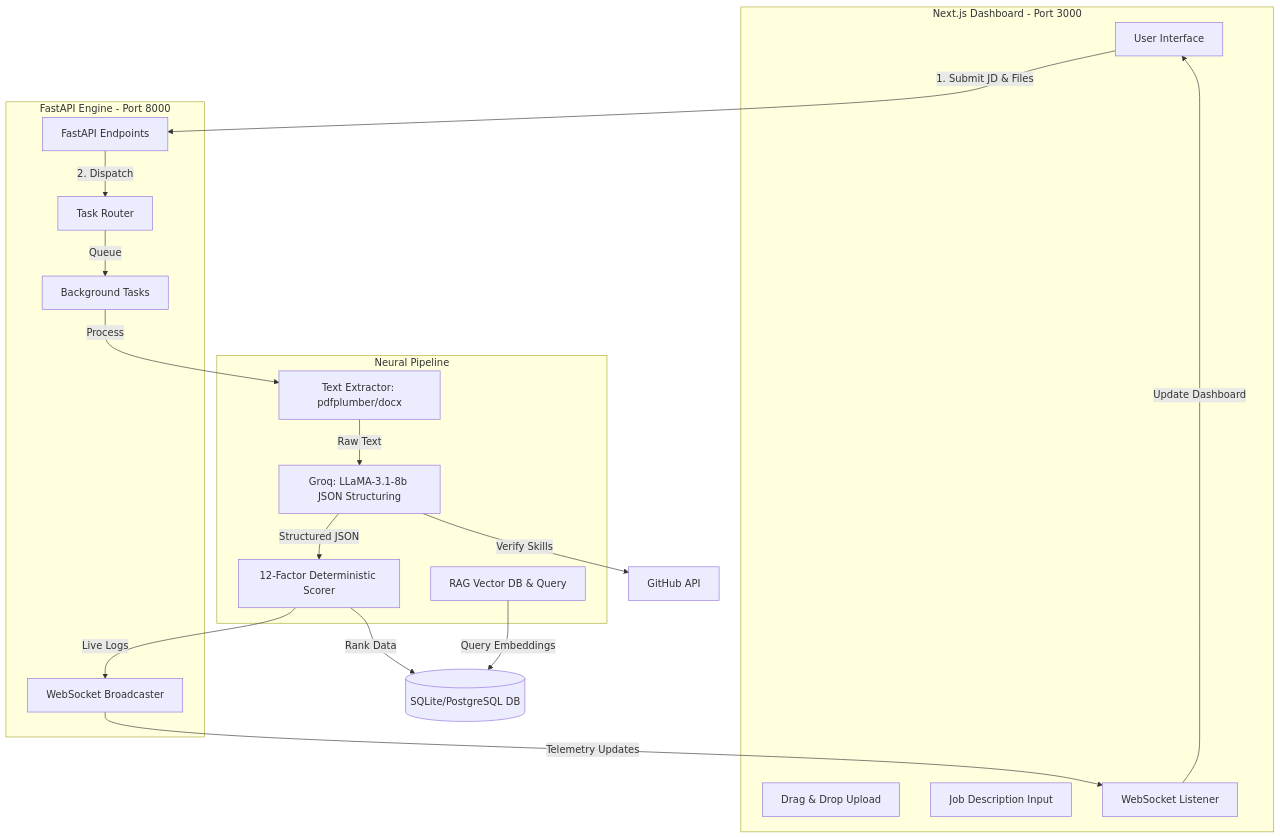
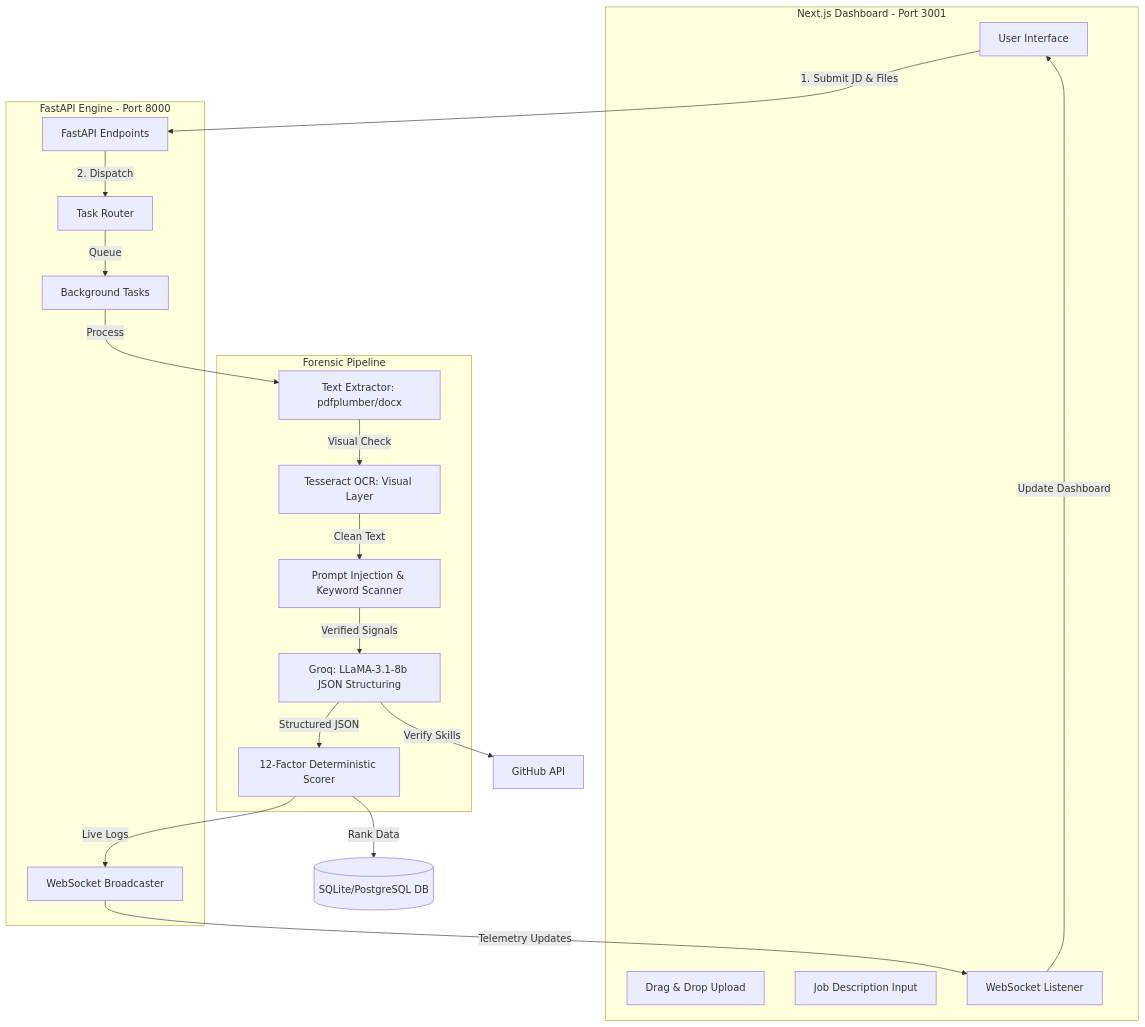
Before and after one commit to shreemsri/RankSense-AI-up: the diagram in README.md, drawn with Mermaid. The commit also changed other lines of this file and 30 other files, not shown here.

````diff
--- a/README.md
+++ b/README.md
@@ -24,44 +13,46 @@
 ```mermaid
 graph TD
     %% Frontend
-    subgraph Frontend [Next.js Dashboard - Port 3000]
+    subgraph Frontend [Next.js Dashboard - Port 3001]
         UI[User Interface]
         Upload[Drag & Drop Upload]
         JD[Job Description Input]
         Sockets[WebSocket Listener]
     end
 
     %% Backend API
     subgraph Backend [FastAPI Engine - Port 8000]
         API[FastAPI Endpoints]
         Router[Task Router]
         AsyncQ[Background Tasks]
         WS[WebSocket Broadcaster]
     end
 
-    %% AI Pipeline
-    subgraph AI_Pipeline [Neural Pipeline]
+    %% Forensic & AI Pipeline
+    subgraph AI_Pipeline [Forensic Pipeline]
         Ext[Text Extractor: pdfplumber/docx]
+        OCR[Tesseract OCR: Visual Layer]
         LLM[Groq: LLaMA-3.1-8b JSON Structuring]
         Score[12-Factor Deterministic Scorer]
-        RAG[RAG Vector DB & Query]
+        Security[Prompt Injection & Keyword Scanner]
     end
 
     %% External & DB
     DB[(SQLite/PostgreSQL DB)]
     GH[GitHub API]
     
     %% Flows
     UI -- "1. Submit JD & Files" --> API
     API -- "2. Dispatch" --> Router
     Router -- "Queue" --> AsyncQ
     AsyncQ -- "Process" --> Ext
-    Ext -- "Raw Text" --> LLM
+    Ext -- "Visual Check" --> OCR
+    OCR -- "Clean Text" --> Security
+    Security -- "Verified Signals" --> LLM
     LLM -- "Verify Skills" --> GH
     LLM -- "Structured JSON" --> Score
     Score -- "Rank Data" --> DB
     Score -- "Live Logs" --> WS
-    RAG -- "Query Embeddings" --> DB
     WS -- "Telemetry Updates" --> Sockets
     Sockets -- "Update Dashboard" --> UI
 ```
````
